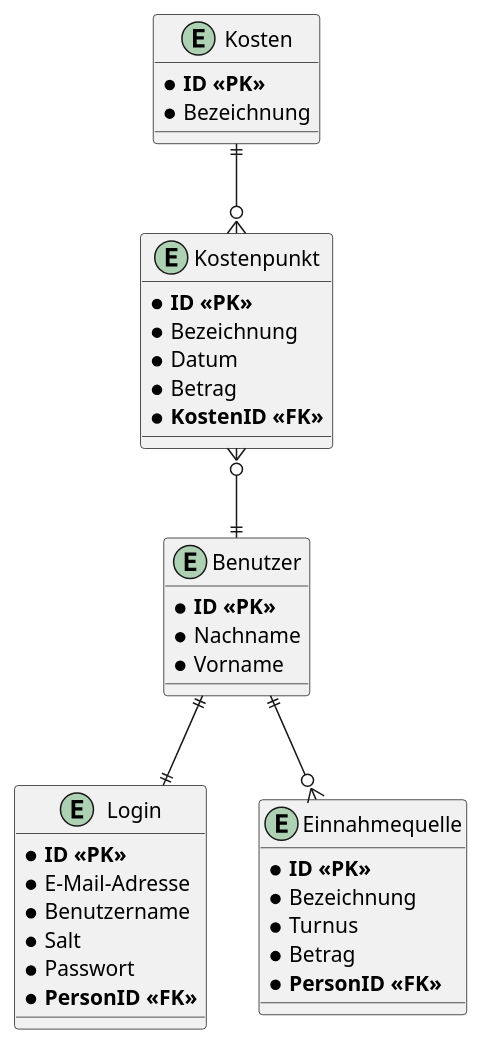
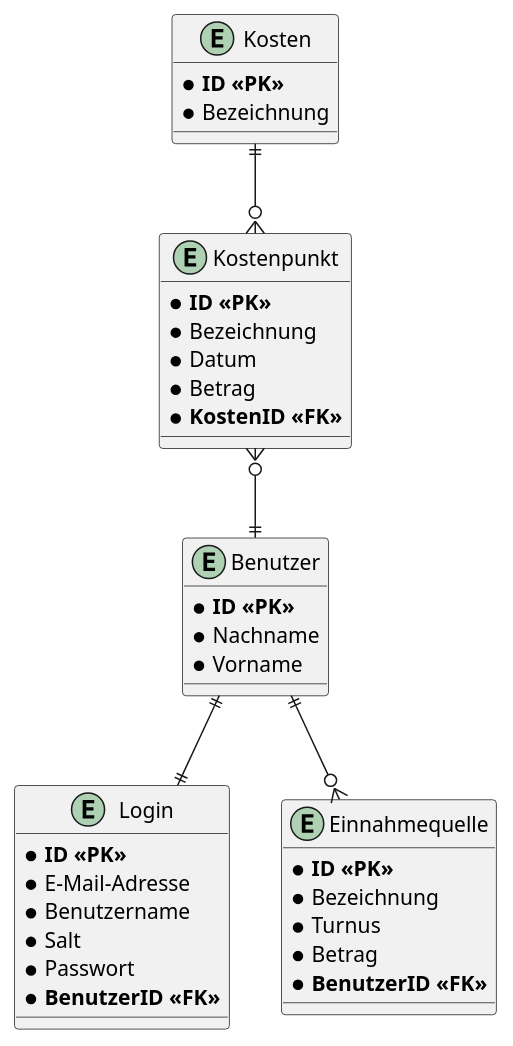
The diagram in designs/ERM.puml (justinhada/StatementOfQosts), drawn with PlantUML before and after one commit.

Commit message:
Korrigiere

```diff
--- a/designs/ERM.puml
+++ b/designs/ERM.puml
@@ -1,47 +1,47 @@
 @startuml
 entity Kostenpunkt
 {
     * **ID <<PK>>**
     * Bezeichnung
     * Datum
     * Betrag
     * **KostenID <<FK>>**
 }
 
 entity Benutzer
 {
     * **ID <<PK>>**
     * Nachname
     * Vorname
 }
 
 entity Login
 {
     * **ID <<PK>>**
     * E-Mail-Adresse
     * Benutzername
     * Salt
     * Passwort
-    * **PersonID <<FK>>**
+    * **BenutzerID <<FK>>**
 }
 
 entity Kosten
 {
     * **ID <<PK>>**
     * Bezeichnung
 }
 
 entity Einnahmequelle
 {
     * **ID <<PK>>**
     * Bezeichnung
     * Turnus
     * Betrag
-    * **PersonID <<FK>>**
+    * **BenutzerID <<FK>>**
 }
 
 Kosten ||--o{ Kostenpunkt
 Kostenpunkt }o--|| Benutzer
 Benutzer ||--o{ Einnahmequelle
 Benutzer ||--|| Login
 @enduml
```
